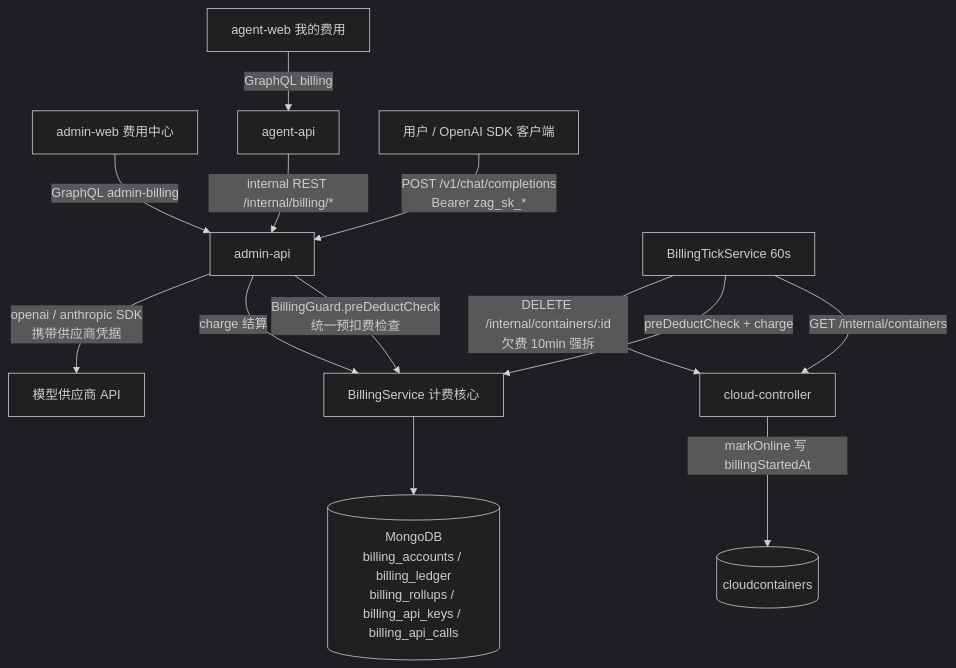
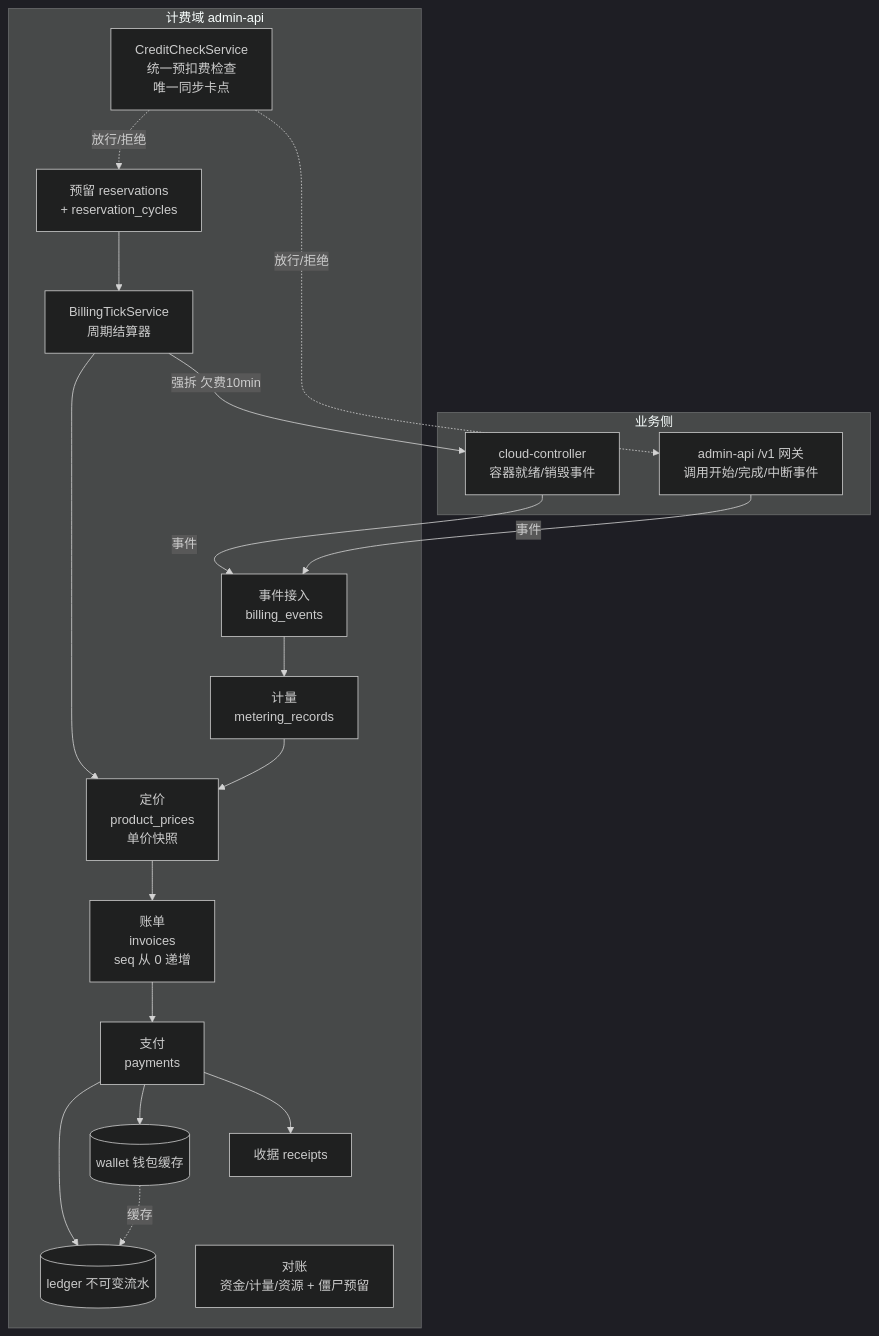
One commit to Deliay/z-agent-gear changed the second of 8 diagrams in docs/engineering/proposals/20261018-feat-credits-billing.md. Above: the diagram before and after it, drawn with Mermaid (dark theme). The commit also changed other lines of this file and 1 other file, not shown here.

Commit message:
docs(billing): 返工重构为「事件→计量→定价→账单→支付→收据」计费管线（PRD/提案 v2.0）

````diff
--- a/docs/engineering/proposals/20261018-feat-credits-billing.md
+++ b/docs/engineering/proposals/20261018-feat-credits-billing.md
@@ -57,15 +77,28 @@
 ```mermaid
 graph TD
-    AW[admin-web 费用中心] -->|GraphQL admin-billing| AA[admin-api]
-    UW[agent-web 我的费用] -->|GraphQL billing| AG[agent-api]
-    AG -->|internal REST /internal/billing/*| AA
-    U[用户 / OpenAI SDK 客户端] -->|POST /v1/chat/completions<br/>Bearer zag_sk_*| AA
-    AA -->|BillingGuard.preDeductCheck<br/>统一预扣费检查| BS[BillingService 计费核心]
-    AA -->|charge 结算| BS
-    BS --> M[(MongoDB<br/>billing_accounts / billing_ledger<br/>billing_rollups / billing_api_keys / billing_api_calls)]
-    BT[BillingTickService 60s] -->|GET /internal/containers| CC[cloud-controller]
-    BT -->|preDeductCheck + charge| BS
-    BT -->|DELETE /internal/containers/:id<br/>欠费 10min 强拆| CC
-    AA -->|openai / anthropic SDK<br/>携带供应商凭据| P[模型供应商 API]
-    CC -->|markOnline 写 billingStartedAt| M2[(cloudcontainers)]
+    subgraph 业务侧
+        CC[cloud-controller<br/>容器就绪/销毁事件]
+        GW["admin-api /v1 网关<br/>调用开始/完成/中断事件"]
+    end
+    subgraph 计费域 admin-api
+        EI[事件接入<br/>billing_events] --> ME[计量<br/>metering_records]
+        ME --> PR[定价<br/>product_prices<br/>单价快照]
+        PR --> IN[账单<br/>invoices<br/>seq 从 0 递增]
+        IN --> PA[支付<br/>payments]
+        PA --> LE[(ledger 不可变流水)]
+        PA --> WA[(wallet 钱包缓存)]
+        PA --> RE[收据 receipts]
+        CK[CreditCheckService<br/>统一预扣费检查<br/>唯一同步卡点]
+        RS[预留 reservations<br/>+ reservation_cycles]
+        TK[BillingTickService<br/>周期结算器]
+        RC[对账<br/>资金/计量/资源 + 僵尸预留]
+    end
+    WA -.缓存.-> LE
+    RS --> TK
+    TK --> PR
+    CC -->|事件| EI
+    GW -->|事件| EI
+    CK -.放行/拒绝.-> RS
+    CK -.放行/拒绝.-> GW
+    TK -->|强拆 欠费10min| CC
 ```
````
